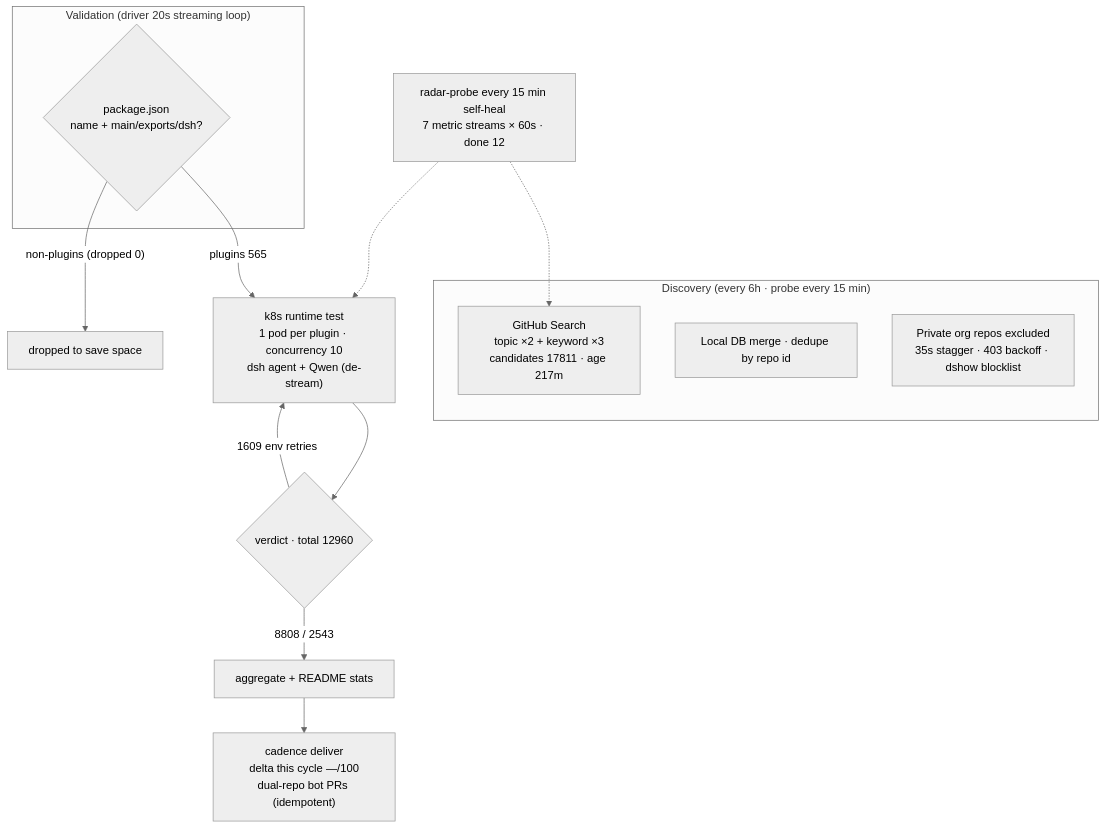
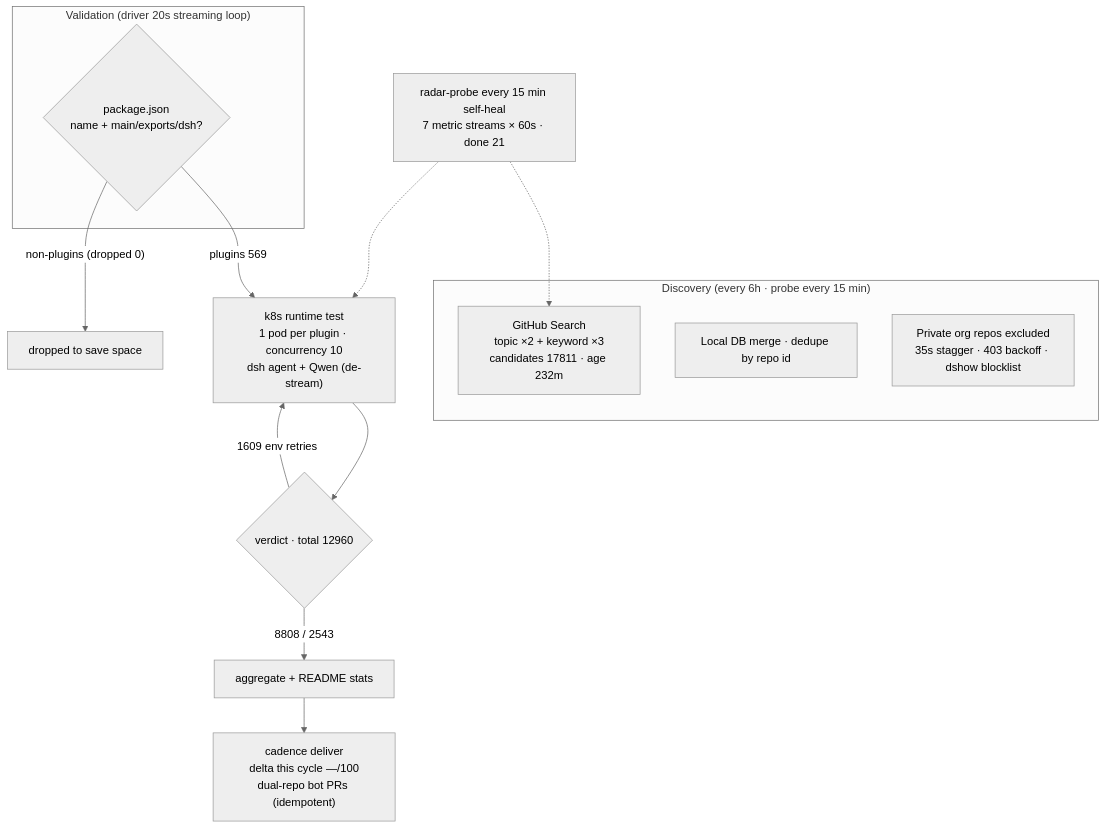
One commit to AdamPlatin123/awesome-dsh-plugins changed the diagram in README.en-US.md. Above: the diagram before and after it, drawn with Mermaid (neutral theme). The commit also changed other lines of this file and 5 other files, not shown here.

````diff
--- a/README.en-US.md
+++ b/README.en-US.md
@@ -45,20 +45,20 @@
 ```mermaid
 flowchart TB
     subgraph Discovery["Discovery (every 6h · probe every 15 min)"]
-        A1["GitHub Search<br/>topic ×2 + keyword ×3<br/>candidates 17811 · age 217m"]
+        A1["GitHub Search<br/>topic ×2 + keyword ×3<br/>candidates 17811 · age 232m"]
         A2["Local DB merge · dedupe by repo id"]
         A3["Private org repos excluded<br/>35s stagger · 403 backoff · dshow blocklist"]
     end
     subgraph Validation["Validation (driver 20s streaming loop)"]
         B1{"package.json<br/>name + main/exports/dsh?"}
     end
-    B1 -->|"plugins 565"| C1["k8s runtime test<br/>1 pod per plugin · concurrency 10<br/>dsh agent + Qwen (de-stream)"]
+    B1 -->|"plugins 569"| C1["k8s runtime test<br/>1 pod per plugin · concurrency 10<br/>dsh agent + Qwen (de-stream)"]
     B1 -->|"non-plugins (dropped 0)"| B3["dropped to save space"]
     C1 --> D1{"verdict · total 12960"}
     D1 -->|"8808 / 2543"| E1["aggregate + README stats"]
     D1 -->|"1609 env retries"| C1
     E1 --> E2["cadence deliver<br/>delta this cycle —/100<br/>dual-repo bot PRs (idempotent)"]
-    M["radar-probe every 15 min self-heal<br/>7 metric streams × 60s · done 12"]
+    M["radar-probe every 15 min self-heal<br/>7 metric streams × 60s · done 21"]
     M -.-> A1
     M -.-> C1
 ```
````
